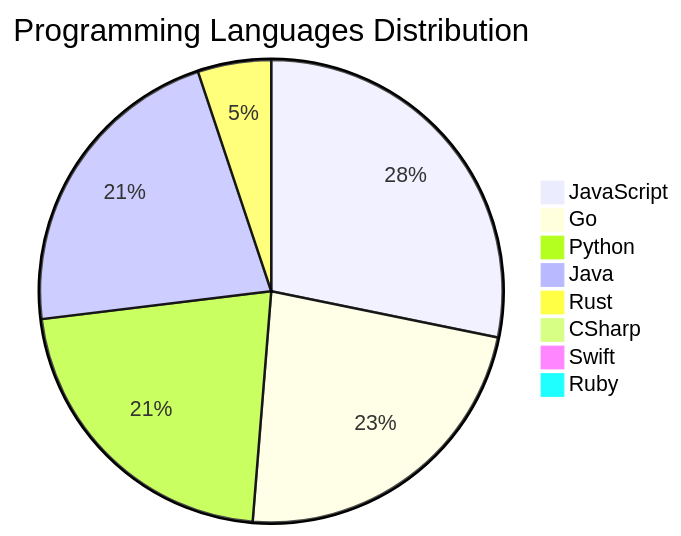
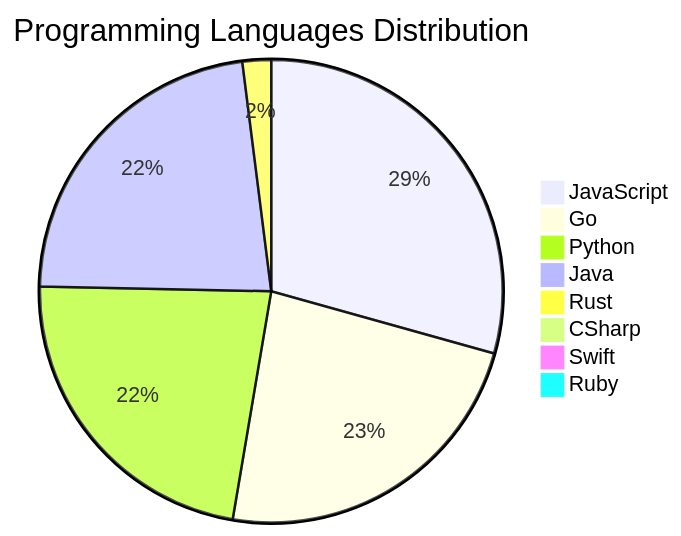
One commit to Derrick-MUGISHA/github-activity-bot changed the diagram in README.md. Above: the diagram before and after it, drawn with Mermaid. The commit also changed other lines of this file and 4 other files, not shown here.

````diff
--- a/README.md
+++ b/README.md
@@ -209,11 +209,11 @@
 ```mermaid
 pie title Programming Languages Distribution
     "JavaScript" : 44
-    "Go" : 36
+    "Go" : 35
     "Python" : 34
     "Java" : 34
-    "Rust" : 8
+    "Rust" : 3
     "CSharp" : 1
     "Swift" : 1
     "Ruby" : 1
 ```
````
